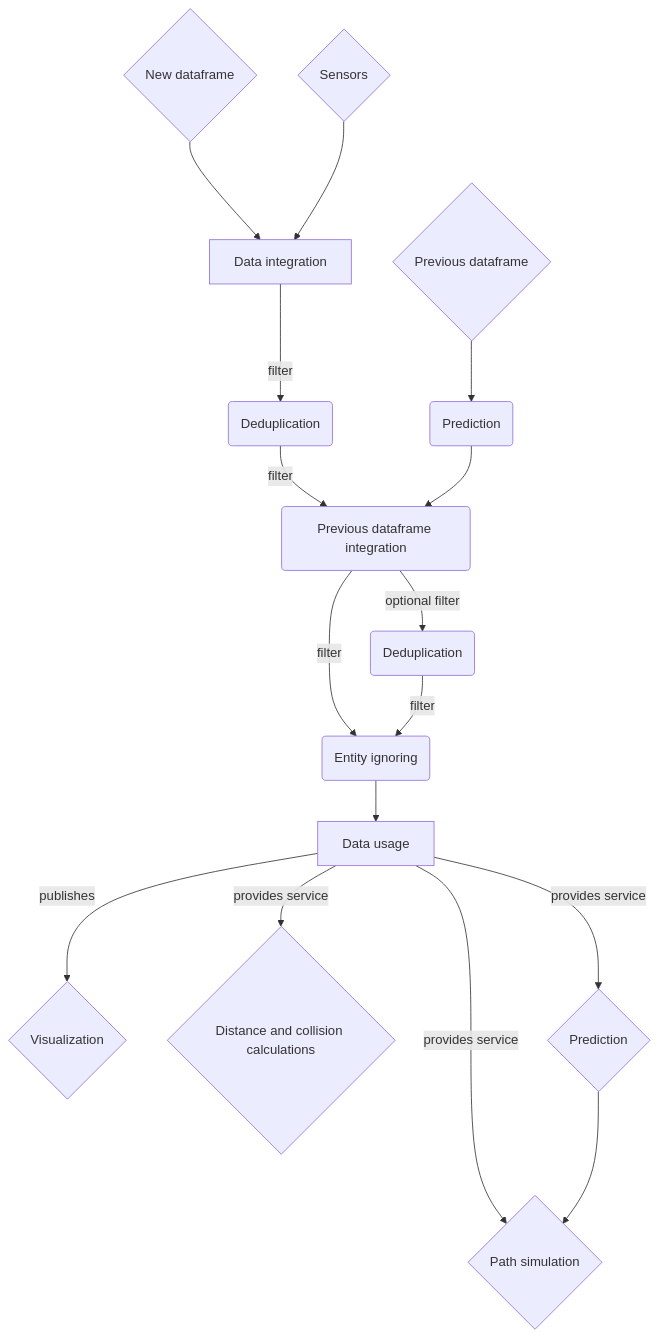
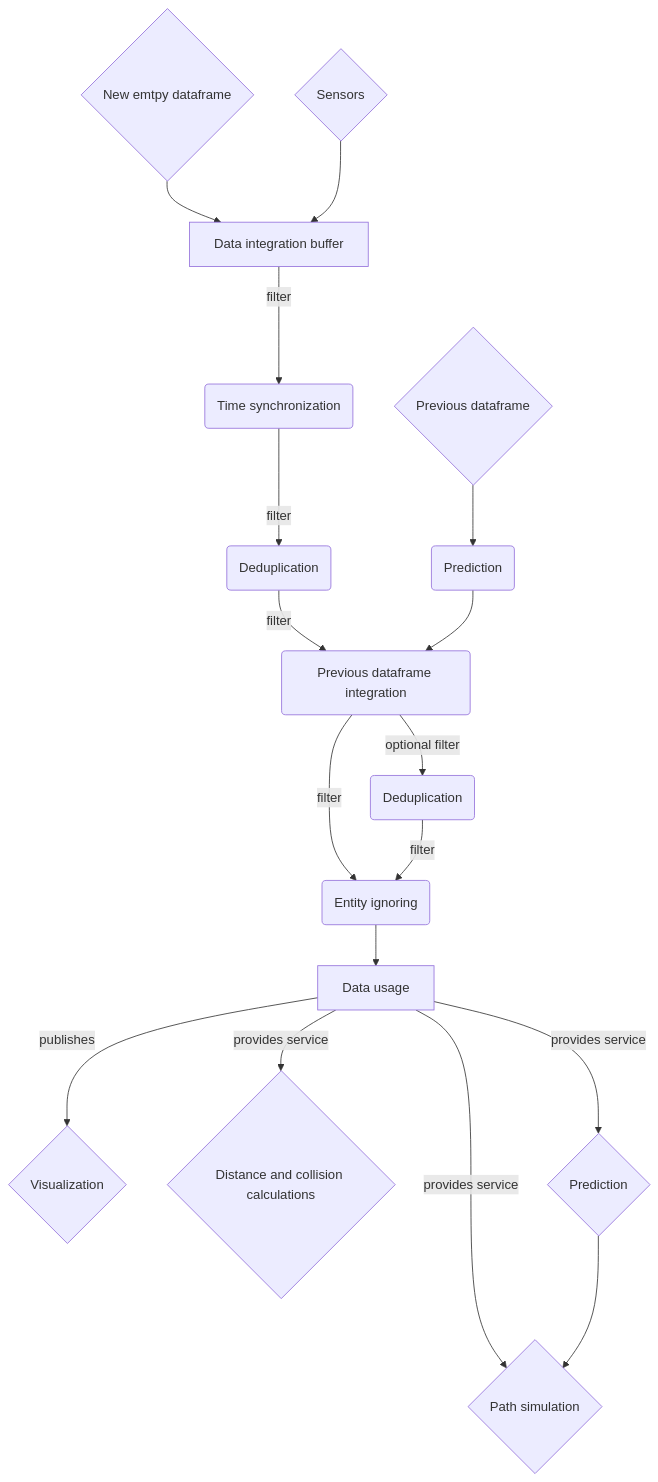
The diagram in code/mapping/DesignDocument_TopDownMap.md (una-auxme/paf), drawn with Mermaid before and after one commit. The commit also changed other lines of this file, not shown here.

````diff
--- a/code/mapping/DesignDocument_TopDownMap.md
+++ b/code/mapping/DesignDocument_TopDownMap.md
@@ -189,18 +216,19 @@
 ```mermaid
 flowchart TD
-    NF{New dataframe} --> A[Data integration]
+    NF{New emtpy dataframe} --> A[Data integration buffer]
     S{Sensors} --> A
-    A -->|filter| C(Deduplication)
+    A -->|filter| Ti(Time synchronization)
+    Ti -->|filter| C(Deduplication)
     C -->|filter| D(Previous dataframe integration)
     PF{Previous dataframe} --> P(Prediction)
     P --> D
     D -->|optional filter| F(Deduplication)
     D -->|filter| E(Entity ignoring)
     F -->|filter| E
     E --> R[Data usage]
     R -->|publishes| 1{Visualization}
     R -->|provides service| 2{Distance and collision calculations}
     R -->|provides service| 3{Prediction}
     R -->|provides service| 4{Path simulation}
     3 --> 4
 ```
````
